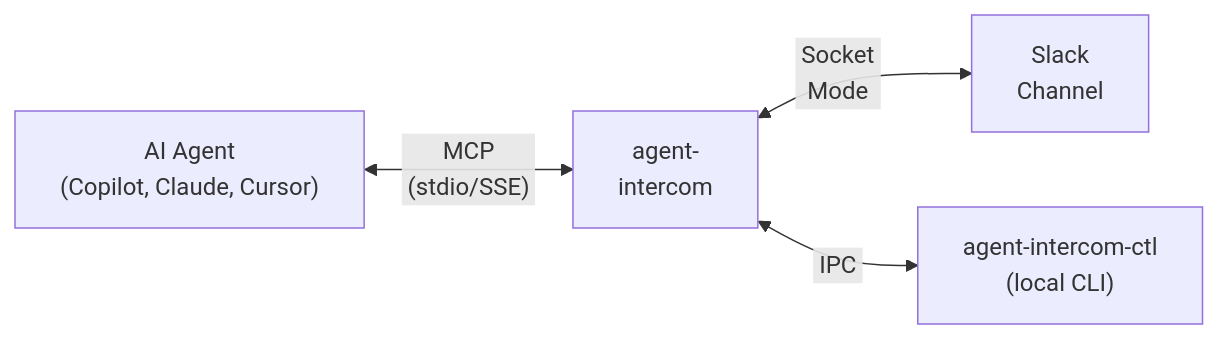
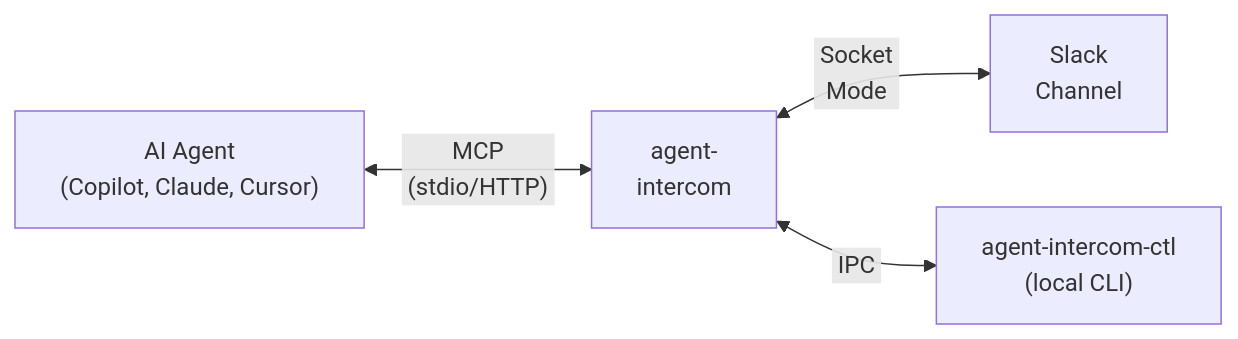
Before and after one commit to softwaresalt/agent-intercom: the diagram in README.md, drawn with Mermaid. The commit also changed other lines of this file and 4 other files, not shown here.

````diff
--- a/README.md
+++ b/README.md
@@ -9,6 +9,6 @@
 ```mermaid
 flowchart LR
-    Agent["AI Agent<br/>(Copilot, Claude, Cursor)"] <-->|"MCP<br/>&nbsp;(stdio/SSE)&nbsp;"| Server["agent-<br/>intercom"]
+    Agent["AI Agent<br/>(Copilot, Claude, Cursor)"] <-->|"MCP<br/>&nbsp;(stdio/HTTP)&nbsp;"| Server["agent-<br/>intercom"]
     Server <-->|"&nbsp;Socket&nbsp;<br/>&nbsp;Mode&nbsp;"| Slack["Slack<br/>Channel"]
     Server <-->|"&nbsp;IPC&nbsp;"| Ctl["agent-intercom-ctl<br/>(local CLI)"]
 ```
````
